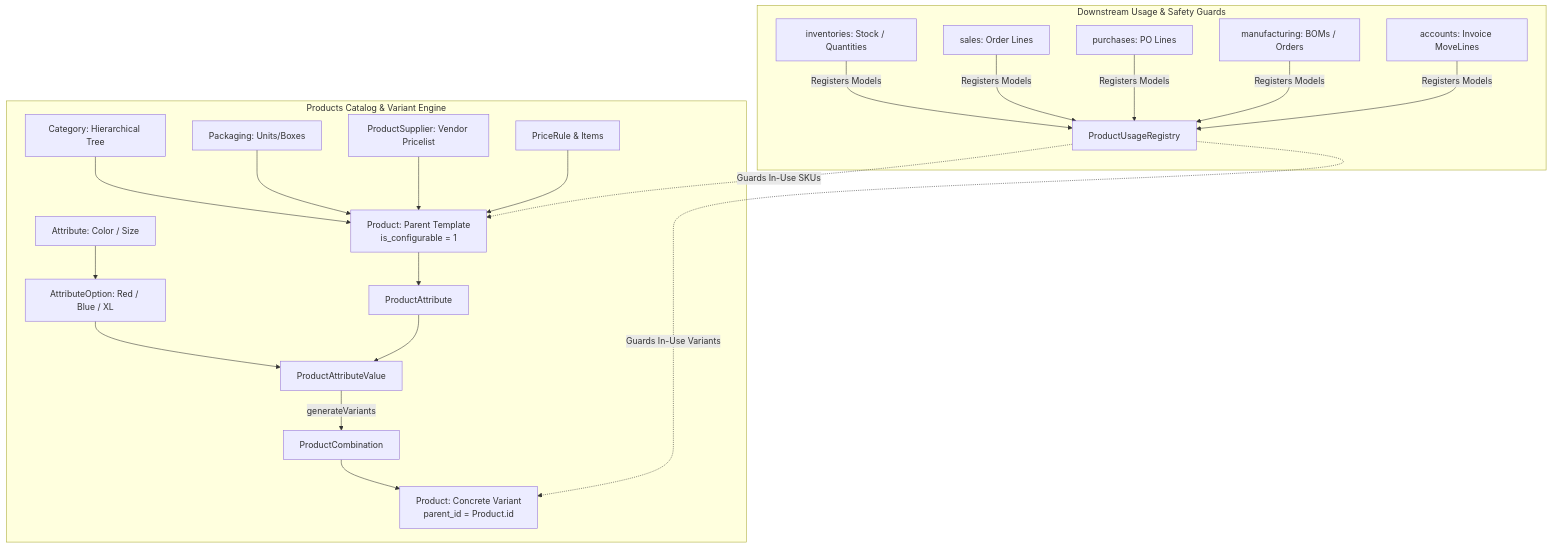
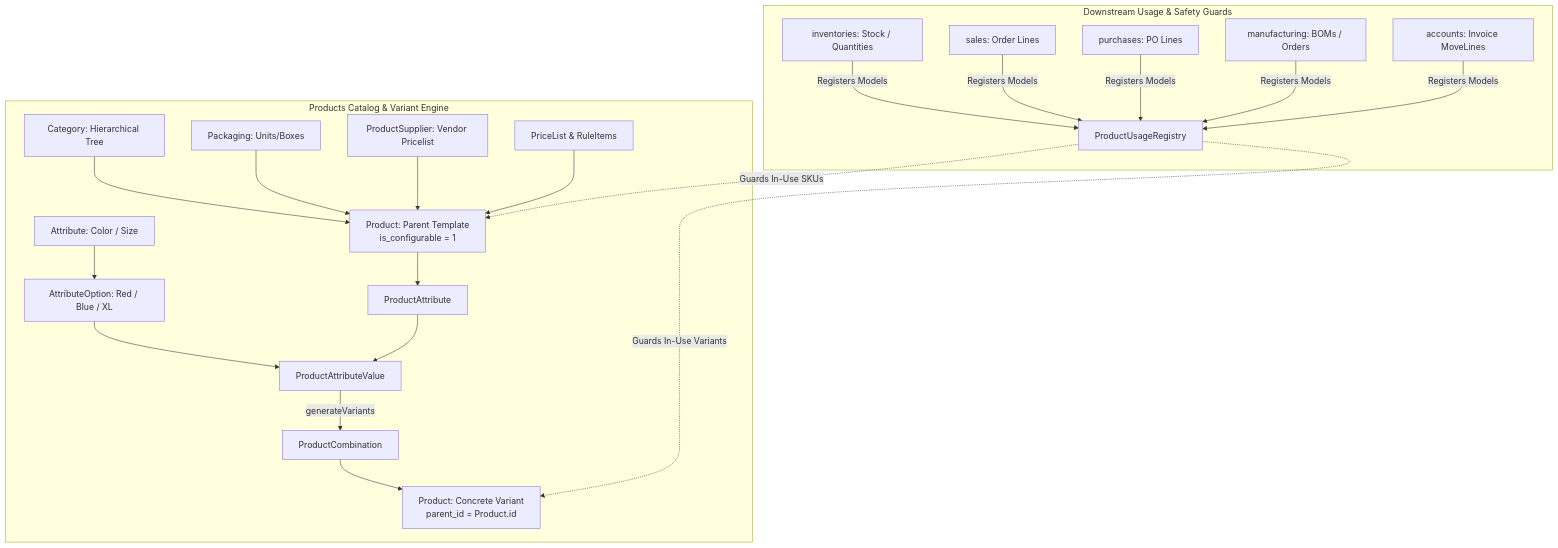
Before and after one commit to Mahmoud-Alqudsi/aureus-core: the diagram in docs/plugins/products.md, drawn with Mermaid. The commit also changed other lines of this file and 29 other files, not shown here.

````diff
--- a/docs/plugins/products.md
+++ b/docs/plugins/products.md
@@ -758,27 +777,27 @@
 ```mermaid
 flowchart TD
     subgraph Products Catalog & Variant Engine
         Attr[Attribute: Color / Size] --> Opt[AttributeOption: Red / Blue / XL]
         Prod[Product: Parent Template<br/>is_configurable = 1]
         Prod --> PA[ProductAttribute]
         Opt --> PAV[ProductAttributeValue]
         PA --> PAV
         PAV -->|generateVariants| Comb[ProductCombination]
         Comb --> Var[Product: Concrete Variant<br/>parent_id = Product.id]
         Cat[Category: Hierarchical Tree] --> Prod
         Pack[Packaging: Units/Boxes] --> Prod
         Supp[ProductSupplier: Vendor Pricelist] --> Prod
-        PriceR[PriceRule & Items] --> Prod
+        PriceR[PriceList & RuleItems] --> Prod
     end
 
     subgraph Downstream Usage & Safety Guards
         PUR[ProductUsageRegistry]
         PUR -.->|Guards In-Use SKUs| Prod
         PUR -.->|Guards In-Use Variants| Var
         Inv[inventories: Stock / Quantities] -->|Registers Models| PUR
         Sale[sales: Order Lines] -->|Registers Models| PUR
         Purch[purchases: PO Lines] -->|Registers Models| PUR
         Mfg[manufacturing: BOMs / Orders] -->|Registers Models| PUR
         Acc[accounts: Invoice MoveLines] -->|Registers Models| PUR
     end
 ```
````
